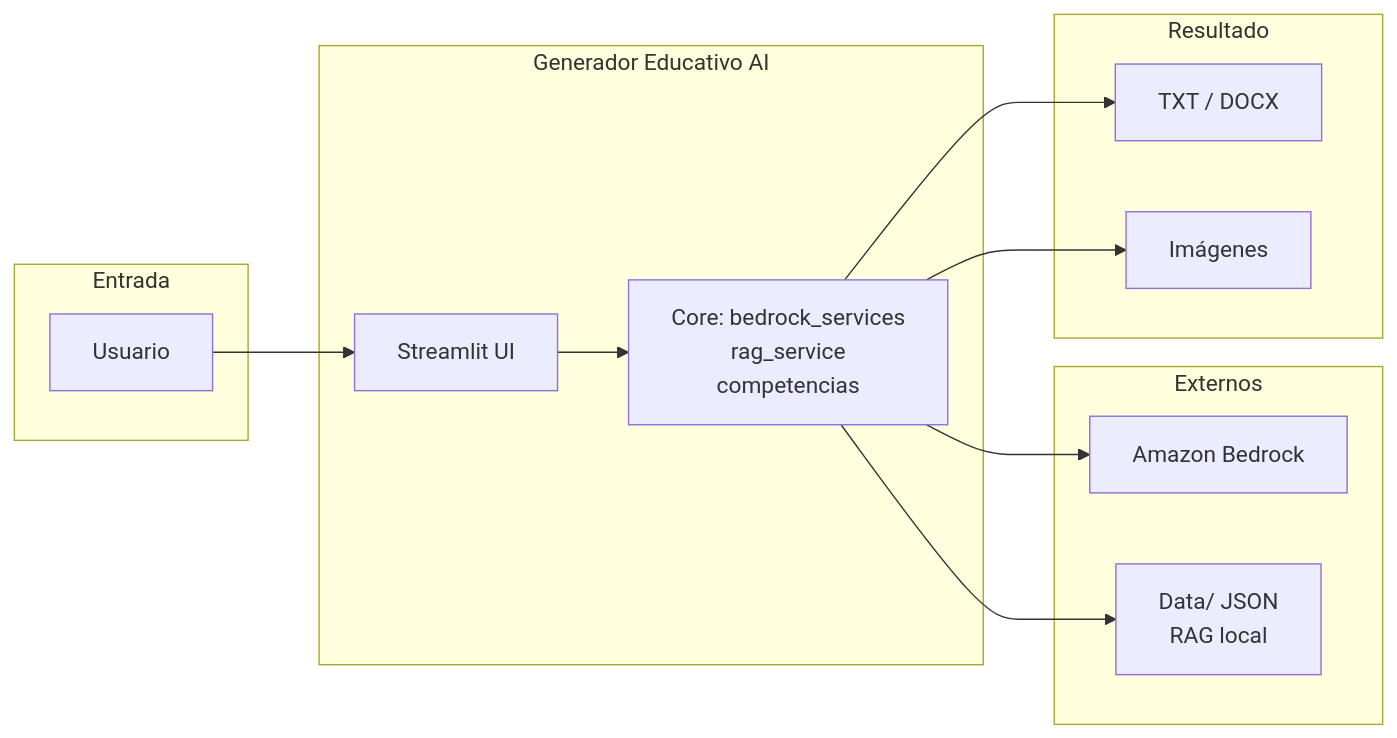
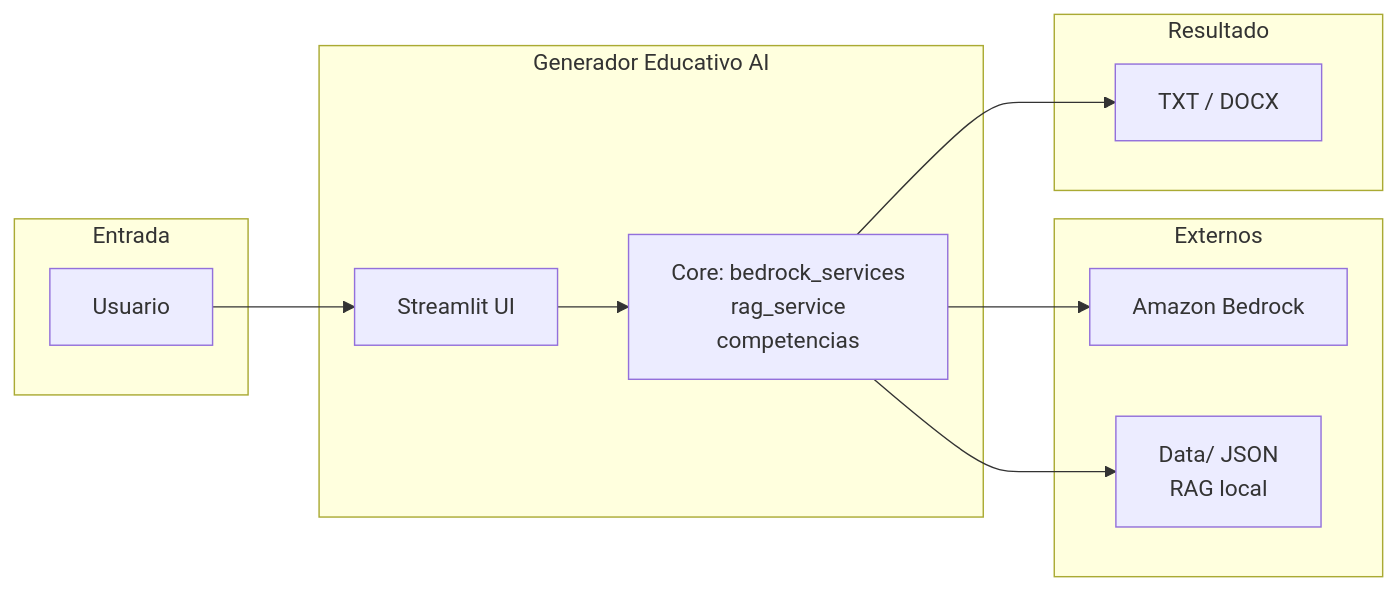
The second of 2 diagrams in DETALLES_TECNICOS.md (cbadaBD/ia-gen-edu), drawn with Mermaid before and after one commit. The commit also changed other lines of this file and 8 other files, not shown here.

````diff
--- a/DETALLES_TECNICOS.md
+++ b/DETALLES_TECNICOS.md
@@ -318,27 +305,25 @@
 ```mermaid
 flowchart LR
     subgraph Entrada
         U[Usuario]
     end
 
     subgraph App["Generador Educativo AI"]
         UI[Streamlit UI]
         UI --> Core[Core: bedrock_services\nrag_service\ncompetencias]
     end
 
     subgraph Externos
         AWS[Amazon Bedrock]
         Data[Data/ JSON\nRAG local]
     end
 
     subgraph Resultado
         DOC[TXT / DOCX]
-        IMG[Imágenes]
     end
 
     U --> UI
     Core --> AWS
     Core --> Data
     Core --> DOC
-    Core --> IMG
 ```
````
